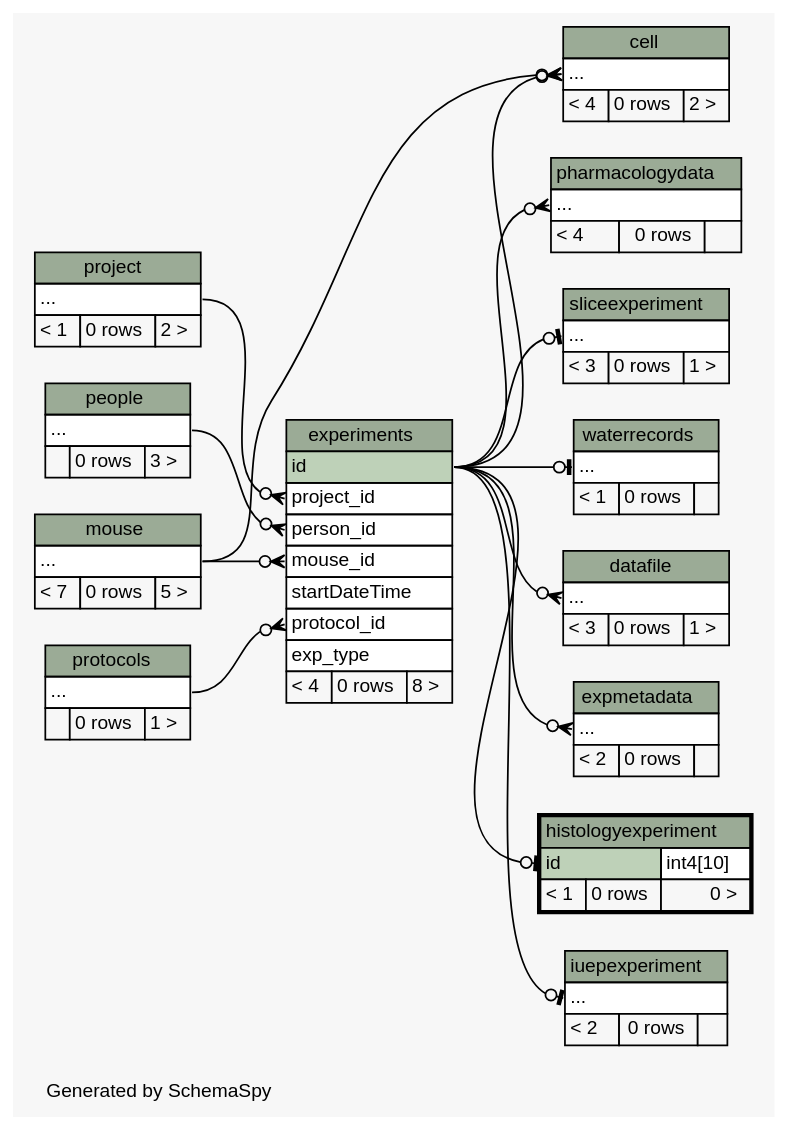
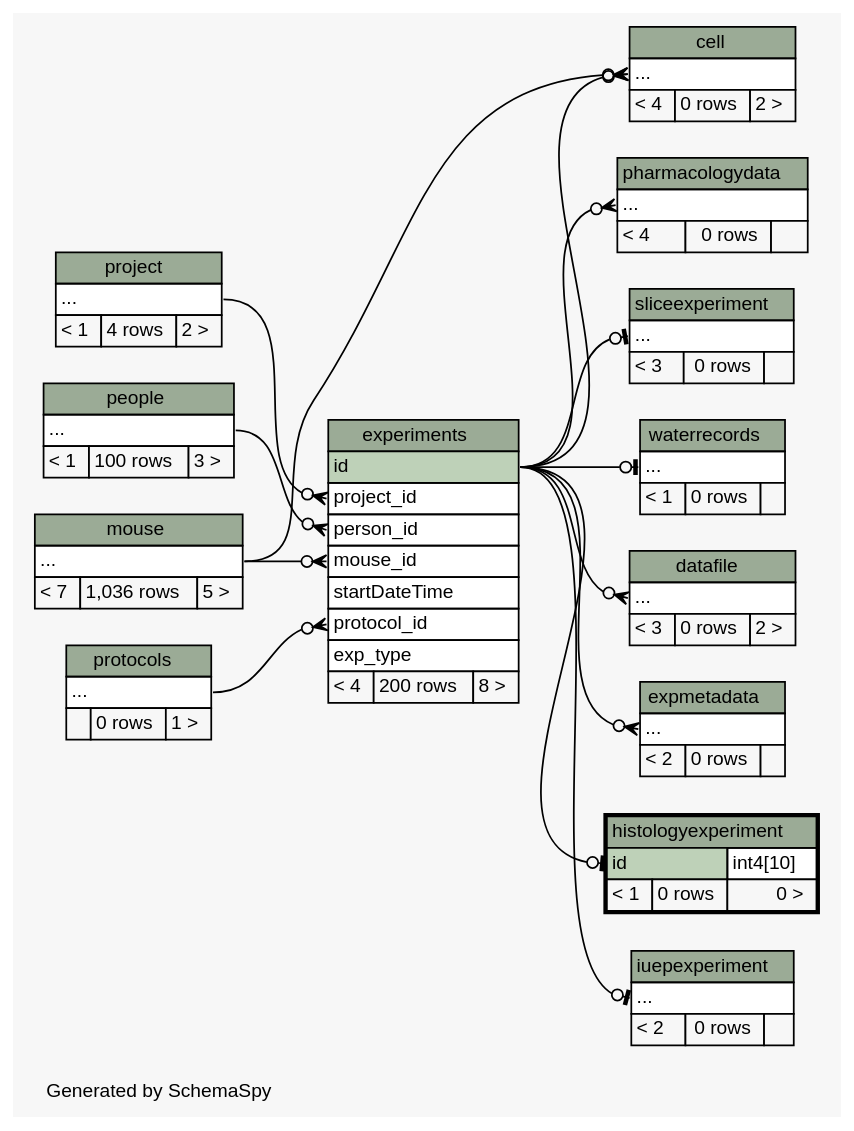
Before and after one commit to tgbugs/mlab: the diagram in database/ss/diagrams/histologyexperiment.2degrees.dot, drawn with Graphviz. The commit also changed 221 other files, not shown here.

```diff
--- a/database/ss/diagrams/histologyexperiment.2degrees.dot
+++ b/database/ss/diagrams/histologyexperiment.2degrees.dot
@@ -1,171 +1,171 @@
 // dot 2.32.0 on Windows 7 6.1
 // SchemaSpy rev 590
 digraph "twoDegreesRelationshipsDiagram" {
   graph [
     rankdir="RL"
     bgcolor="#f7f7f7"
     label="\nGenerated by SchemaSpy"
     labeljust="l"
     nodesep="0.18"
     ranksep="0.46"
     fontname="Helvetica"
     fontsize="11"
   ];
   node [
     fontname="Helvetica"
     fontsize="11"
     shape="plaintext"
   ];
   edge [
     arrowsize="0.8"
   ];
   "cell":"elipses":w -> "experiments":"id":e [arrowhead=none dir=back arrowtail=crowodot];
   "cell":"elipses":w -> "mouse":"elipses":e [arrowhead=none dir=back arrowtail=crowodot];
   "datafile":"elipses":w -> "experiments":"id":e [arrowhead=none dir=back arrowtail=crowodot];
   "experiments":"mouse_id":w -> "mouse":"elipses":e [arrowhead=none dir=back arrowtail=crowodot];
   "experiments":"person_id":w -> "people":"elipses":e [arrowhead=none dir=back arrowtail=crowodot];
   "experiments":"project_id":w -> "project":"elipses":e [arrowhead=none dir=back arrowtail=crowodot];
   "experiments":"protocol_id":w -> "protocols":"elipses":e [arrowhead=none dir=back arrowtail=crowodot];
   "expmetadata":"elipses":w -> "experiments":"id":e [arrowhead=none dir=back arrowtail=crowodot];
   "histologyexperiment":"id":w -> "experiments":"id":e [arrowhead=none dir=back arrowtail=teeodot];
   "iuepexperiment":"elipses":w -> "experiments":"id":e [arrowhead=none dir=back arrowtail=teeodot];
   "pharmacologydata":"elipses":w -> "experiments":"id":e [arrowhead=none dir=back arrowtail=crowodot];
   "sliceexperiment":"elipses":w -> "experiments":"id":e [arrowhead=none dir=back arrowtail=teeodot];
   "waterrecords":"elipses":w -> "experiments":"id":e [arrowhead=none dir=back arrowtail=teeodot];
   "cell" [
     label=<
     <TABLE BORDER="0" CELLBORDER="1" CELLSPACING="0" BGCOLOR="#ffffff">
       <TR><TD COLSPAN="3" BGCOLOR="#9bab96" ALIGN="CENTER">cell</TD></TR>
       <TR><TD PORT="elipses" COLSPAN="3" ALIGN="LEFT">...</TD></TR>
       <TR><TD ALIGN="LEFT" BGCOLOR="#f7f7f7">&lt; 4</TD><TD ALIGN="RIGHT" BGCOLOR="#f7f7f7">0 rows</TD><TD ALIGN="RIGHT" BGCOLOR="#f7f7f7">2 &gt;</TD></TR>
     </TABLE>>
     URL="cell.html"
     tooltip="cell"
   ];
   "datafile" [
     label=<
     <TABLE BORDER="0" CELLBORDER="1" CELLSPACING="0" BGCOLOR="#ffffff">
       <TR><TD COLSPAN="3" BGCOLOR="#9bab96" ALIGN="CENTER">datafile</TD></TR>
       <TR><TD PORT="elipses" COLSPAN="3" ALIGN="LEFT">...</TD></TR>
-      <TR><TD ALIGN="LEFT" BGCOLOR="#f7f7f7">&lt; 3</TD><TD ALIGN="RIGHT" BGCOLOR="#f7f7f7">0 rows</TD><TD ALIGN="RIGHT" BGCOLOR="#f7f7f7">1 &gt;</TD></TR>
+      <TR><TD ALIGN="LEFT" BGCOLOR="#f7f7f7">&lt; 3</TD><TD ALIGN="RIGHT" BGCOLOR="#f7f7f7">0 rows</TD><TD ALIGN="RIGHT" BGCOLOR="#f7f7f7">2 &gt;</TD></TR>
     </TABLE>>
     URL="datafile.html"
     tooltip="datafile"
   ];
   "experiments" [
     label=<
     <TABLE BORDER="0" CELLBORDER="1" CELLSPACING="0" BGCOLOR="#ffffff">
       <TR><TD COLSPAN="3" BGCOLOR="#9bab96" ALIGN="CENTER">experiments</TD></TR>
       <TR><TD PORT="id" COLSPAN="3" BGCOLOR="#bed1b8" ALIGN="LEFT">id</TD></TR>
       <TR><TD PORT="project_id" COLSPAN="3" ALIGN="LEFT">project_id</TD></TR>
       <TR><TD PORT="person_id" COLSPAN="3" ALIGN="LEFT">person_id</TD></TR>
       <TR><TD PORT="mouse_id" COLSPAN="3" ALIGN="LEFT">mouse_id</TD></TR>
       <TR><TD PORT="startDateTime" COLSPAN="3" ALIGN="LEFT">startDateTime</TD></TR>
       <TR><TD PORT="protocol_id" COLSPAN="3" ALIGN="LEFT">protocol_id</TD></TR>
       <TR><TD PORT="exp_type" COLSPAN="3" ALIGN="LEFT">exp_type</TD></TR>
-      <TR><TD ALIGN="LEFT" BGCOLOR="#f7f7f7">&lt; 4</TD><TD ALIGN="RIGHT" BGCOLOR="#f7f7f7">0 rows</TD><TD ALIGN="RIGHT" BGCOLOR="#f7f7f7">8 &gt;</TD></TR>
+      <TR><TD ALIGN="LEFT" BGCOLOR="#f7f7f7">&lt; 4</TD><TD ALIGN="RIGHT" BGCOLOR="#f7f7f7">200 rows</TD><TD ALIGN="RIGHT" BGCOLOR="#f7f7f7">8 &gt;</TD></TR>
     </TABLE>>
     URL="experiments.html"
     tooltip="experiments"
   ];
   "expmetadata" [
     label=<
     <TABLE BORDER="0" CELLBORDER="1" CELLSPACING="0" BGCOLOR="#ffffff">
       <TR><TD COLSPAN="3" BGCOLOR="#9bab96" ALIGN="CENTER">expmetadata</TD></TR>
       <TR><TD PORT="elipses" COLSPAN="3" ALIGN="LEFT">...</TD></TR>
       <TR><TD ALIGN="LEFT" BGCOLOR="#f7f7f7">&lt; 2</TD><TD ALIGN="RIGHT" BGCOLOR="#f7f7f7">0 rows</TD><TD ALIGN="RIGHT" BGCOLOR="#f7f7f7">  </TD></TR>
     </TABLE>>
     URL="expmetadata.html"
     tooltip="expmetadata"
   ];
   "histologyexperiment" [
     label=<
     <TABLE BORDER="2" CELLBORDER="1" CELLSPACING="0" BGCOLOR="#ffffff">
       <TR><TD COLSPAN="3" BGCOLOR="#9bab96" ALIGN="CENTER">histologyexperiment</TD></TR>
       <TR><TD PORT="id" COLSPAN="2" BGCOLOR="#bed1b8" ALIGN="LEFT">id</TD><TD PORT="id.type" ALIGN="LEFT">int4[10]</TD></TR>
       <TR><TD ALIGN="LEFT" BGCOLOR="#f7f7f7">&lt; 1</TD><TD ALIGN="RIGHT" BGCOLOR="#f7f7f7">0 rows</TD><TD ALIGN="RIGHT" BGCOLOR="#f7f7f7">0 &gt;</TD></TR>
     </TABLE>>
     URL="histologyexperiment.html"
     tooltip="histologyexperiment"
   ];
   "iuepexperiment" [
     label=<
     <TABLE BORDER="0" CELLBORDER="1" CELLSPACING="0" BGCOLOR="#ffffff">
       <TR><TD COLSPAN="3" BGCOLOR="#9bab96" ALIGN="CENTER">iuepexperiment</TD></TR>
       <TR><TD PORT="elipses" COLSPAN="3" ALIGN="LEFT">...</TD></TR>
       <TR><TD ALIGN="LEFT" BGCOLOR="#f7f7f7">&lt; 2</TD><TD ALIGN="RIGHT" BGCOLOR="#f7f7f7">0 rows</TD><TD ALIGN="RIGHT" BGCOLOR="#f7f7f7">  </TD></TR>
     </TABLE>>
     URL="iuepexperiment.html"
     tooltip="iuepexperiment"
   ];
   "mouse" [
     label=<
     <TABLE BORDER="0" CELLBORDER="1" CELLSPACING="0" BGCOLOR="#ffffff">
       <TR><TD COLSPAN="3" BGCOLOR="#9bab96" ALIGN="CENTER">mouse</TD></TR>
       <TR><TD PORT="elipses" COLSPAN="3" ALIGN="LEFT">...</TD></TR>
-      <TR><TD ALIGN="LEFT" BGCOLOR="#f7f7f7">&lt; 7</TD><TD ALIGN="RIGHT" BGCOLOR="#f7f7f7">0 rows</TD><TD ALIGN="RIGHT" BGCOLOR="#f7f7f7">5 &gt;</TD></TR>
+      <TR><TD ALIGN="LEFT" BGCOLOR="#f7f7f7">&lt; 7</TD><TD ALIGN="RIGHT" BGCOLOR="#f7f7f7">1,036 rows</TD><TD ALIGN="RIGHT" BGCOLOR="#f7f7f7">5 &gt;</TD></TR>
     </TABLE>>
     URL="mouse.html"
     tooltip="mouse"
   ];
   "people" [
     label=<
     <TABLE BORDER="0" CELLBORDER="1" CELLSPACING="0" BGCOLOR="#ffffff">
       <TR><TD COLSPAN="3" BGCOLOR="#9bab96" ALIGN="CENTER">people</TD></TR>
       <TR><TD PORT="elipses" COLSPAN="3" ALIGN="LEFT">...</TD></TR>
-      <TR><TD ALIGN="LEFT" BGCOLOR="#f7f7f7">  </TD><TD ALIGN="RIGHT" BGCOLOR="#f7f7f7">0 rows</TD><TD ALIGN="RIGHT" BGCOLOR="#f7f7f7">3 &gt;</TD></TR>
+      <TR><TD ALIGN="LEFT" BGCOLOR="#f7f7f7">&lt; 1</TD><TD ALIGN="RIGHT" BGCOLOR="#f7f7f7">100 rows</TD><TD ALIGN="RIGHT" BGCOLOR="#f7f7f7">3 &gt;</TD></TR>
     </TABLE>>
     URL="people.html"
     tooltip="people"
   ];
   "pharmacologydata" [
     label=<
     <TABLE BORDER="0" CELLBORDER="1" CELLSPACING="0" BGCOLOR="#ffffff">
       <TR><TD COLSPAN="3" BGCOLOR="#9bab96" ALIGN="CENTER">pharmacologydata</TD></TR>
       <TR><TD PORT="elipses" COLSPAN="3" ALIGN="LEFT">...</TD></TR>
       <TR><TD ALIGN="LEFT" BGCOLOR="#f7f7f7">&lt; 4</TD><TD ALIGN="RIGHT" BGCOLOR="#f7f7f7">0 rows</TD><TD ALIGN="RIGHT" BGCOLOR="#f7f7f7">  </TD></TR>
     </TABLE>>
     URL="pharmacologydata.html"
     tooltip="pharmacologydata"
   ];
   "project" [
     label=<
     <TABLE BORDER="0" CELLBORDER="1" CELLSPACING="0" BGCOLOR="#ffffff">
       <TR><TD COLSPAN="3" BGCOLOR="#9bab96" ALIGN="CENTER">project</TD></TR>
       <TR><TD PORT="elipses" COLSPAN="3" ALIGN="LEFT">...</TD></TR>
-      <TR><TD ALIGN="LEFT" BGCOLOR="#f7f7f7">&lt; 1</TD><TD ALIGN="RIGHT" BGCOLOR="#f7f7f7">0 rows</TD><TD ALIGN="RIGHT" BGCOLOR="#f7f7f7">2 &gt;</TD></TR>
+      <TR><TD ALIGN="LEFT" BGCOLOR="#f7f7f7">&lt; 1</TD><TD ALIGN="RIGHT" BGCOLOR="#f7f7f7">4 rows</TD><TD ALIGN="RIGHT" BGCOLOR="#f7f7f7">2 &gt;</TD></TR>
     </TABLE>>
     URL="project.html"
     tooltip="project"
   ];
   "protocols" [
     label=<
     <TABLE BORDER="0" CELLBORDER="1" CELLSPACING="0" BGCOLOR="#ffffff">
       <TR><TD COLSPAN="3" BGCOLOR="#9bab96" ALIGN="CENTER">protocols</TD></TR>
       <TR><TD PORT="elipses" COLSPAN="3" ALIGN="LEFT">...</TD></TR>
       <TR><TD ALIGN="LEFT" BGCOLOR="#f7f7f7">  </TD><TD ALIGN="RIGHT" BGCOLOR="#f7f7f7">0 rows</TD><TD ALIGN="RIGHT" BGCOLOR="#f7f7f7">1 &gt;</TD></TR>
     </TABLE>>
     URL="protocols.html"
     tooltip="protocols"
   ];
   "sliceexperiment" [
     label=<
     <TABLE BORDER="0" CELLBORDER="1" CELLSPACING="0" BGCOLOR="#ffffff">
       <TR><TD COLSPAN="3" BGCOLOR="#9bab96" ALIGN="CENTER">sliceexperiment</TD></TR>
       <TR><TD PORT="elipses" COLSPAN="3" ALIGN="LEFT">...</TD></TR>
-      <TR><TD ALIGN="LEFT" BGCOLOR="#f7f7f7">&lt; 3</TD><TD ALIGN="RIGHT" BGCOLOR="#f7f7f7">0 rows</TD><TD ALIGN="RIGHT" BGCOLOR="#f7f7f7">1 &gt;</TD></TR>
+      <TR><TD ALIGN="LEFT" BGCOLOR="#f7f7f7">&lt; 3</TD><TD ALIGN="RIGHT" BGCOLOR="#f7f7f7">0 rows</TD><TD ALIGN="RIGHT" BGCOLOR="#f7f7f7">  </TD></TR>
     </TABLE>>
     URL="sliceexperiment.html"
     tooltip="sliceexperiment"
   ];
   "waterrecords" [
     label=<
     <TABLE BORDER="0" CELLBORDER="1" CELLSPACING="0" BGCOLOR="#ffffff">
       <TR><TD COLSPAN="3" BGCOLOR="#9bab96" ALIGN="CENTER">waterrecords</TD></TR>
       <TR><TD PORT="elipses" COLSPAN="3" ALIGN="LEFT">...</TD></TR>
       <TR><TD ALIGN="LEFT" BGCOLOR="#f7f7f7">&lt; 1</TD><TD ALIGN="RIGHT" BGCOLOR="#f7f7f7">0 rows</TD><TD ALIGN="RIGHT" BGCOLOR="#f7f7f7">  </TD></TR>
     </TABLE>>
     URL="waterrecords.html"
     tooltip="waterrecords"
   ];
 }
```
